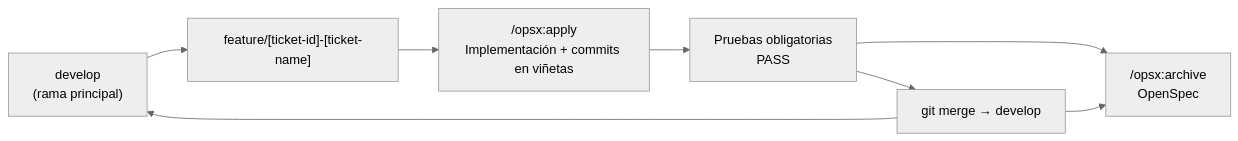
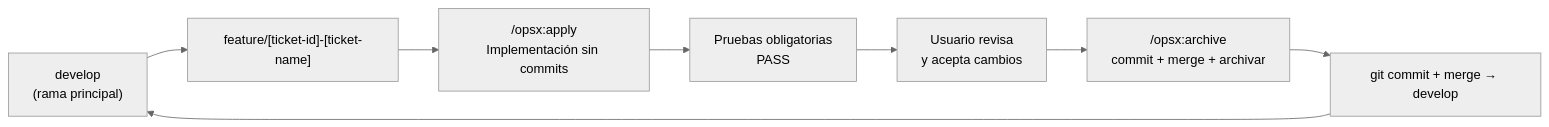
One commit to isaacmvimv/AI4Devs-finalproject-IMV changed the diagram in docs/openspec-tasks-mandatory-steps.md. Above: the diagram before and after it, drawn with Mermaid (neutral theme). The commit also changed other lines of this file and 14 other files, not shown here.

Commit message:
Actualización de la documentación de OpenSpec: se refuerza la política de commits, especificando que no se deben realizar commits durante la implementación (`/opsx:apply`), y que el único commit debe hacerse al archivar (`/opsx:archive`) tras la aceptación del usuario.

````diff
--- a/docs/openspec-tasks-mandatory-steps.md
+++ b/docs/openspec-tasks-mandatory-steps.md
@@ -567,17 +572,18 @@
 ```mermaid
 flowchart LR
   develop["develop\n(rama principal)"]
   feature["feature/[ticket-id]-[ticket-name]"]
-  apply["/opsx:apply\nImplementación + commits en viñetas"]
+  apply["/opsx:apply\nImplementación sin commits"]
+  review["Usuario revisa\ny acepta cambios"]
   tests["Pruebas obligatorias\nPASS"]
-  archive["/opsx:archive\nOpenSpec"]
-  merge["git merge → develop"]
+  archive["/opsx:archive\ncommit + merge + archivar"]
+  merge["git commit + merge → develop"]
 
   develop --> feature
   feature --> apply
   apply --> tests
-  tests --> merge
+  tests --> review
+  review --> archive
+  archive --> merge
   merge --> develop
-  tests --> archive
-  merge --> archive
 ```
````
